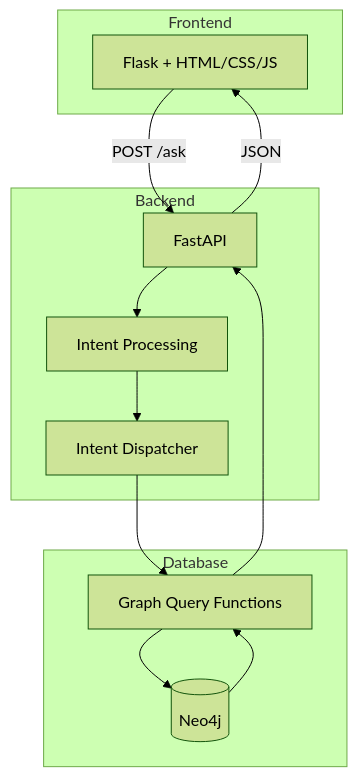
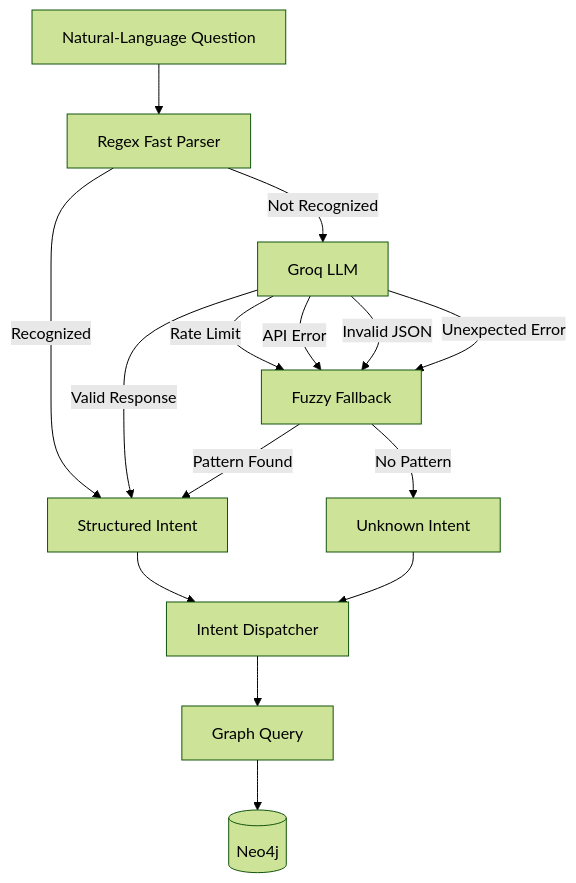
The third of 8 diagrams in README.md (sydelendure/healthcare-knowledge-graph-assistant), drawn with Mermaid (forest theme) before and after one commit. The commit also changed other lines of this file, not shown here.

````diff
--- a/README.md
+++ b/README.md
@@ -48,27 +295,27 @@
 ```mermaid
 flowchart TD
 
-    subgraph Frontend
-        UI["Flask + HTML/CSS/JS"]
-    end
+    Q["Natural-Language Question"]
 
-    subgraph Backend
-        API["FastAPI"]
-        NLP["Intent Processing"]
-        DIS["Intent Dispatcher"]
-    end
+    Q --> R["Regex Fast Parser"]
 
-    subgraph Database
-        GQ["Graph Query Functions"]
-        NEO4J[("Neo4j")]
-    end
+    R -->|Recognized| I["Structured Intent"]
 
-    UI -->|POST /ask| API
-    API --> NLP
-    NLP --> DIS
-    DIS --> GQ
-    GQ --> NEO4J
-    NEO4J --> GQ
-    GQ --> API
-    API -->|JSON| UI
+    R -->|Not Recognized| L["Groq LLM"]
+
+    L -->|Valid Response| I
+
+    L -->|Rate Limit| F["Fuzzy Fallback"]
+    L -->|API Error| F
+    L -->|Invalid JSON| F
+    L -->|Unexpected Error| F
+
+    F -->|Pattern Found| I
+    F -->|No Pattern| U["Unknown Intent"]
+
+    I --> D["Intent Dispatcher"]
+    U --> D
+
+    D --> G["Graph Query"]
+    G --> N[("Neo4j")]
 ```
````
